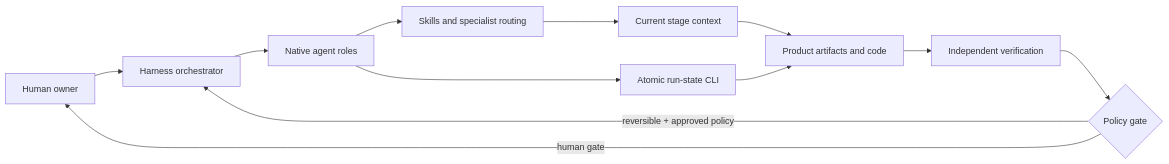
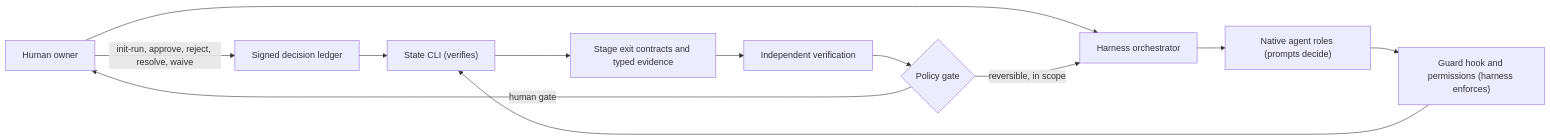
Before and after one commit to TarikAI/AgenticTeam: the diagram in README.md, drawn with Mermaid. The commit also changed other lines of this file and 16 other files, not shown here.

Commit message:
P9: release v3.0.0 - guarantee ledger (config/guarantees.json rendered into docs/architecture.md), generated CLI reference, schema and preset coverage checks in validate, v2 runs refused until migrated, owner guide/architecture/README/migration guide rewritten, CHANGELOG, installer --model-profile

````diff
--- a/README.md
+++ b/README.md
@@ -44,14 +65,14 @@
 ```mermaid
 flowchart LR
-    H["Human owner"] --> O["Harness orchestrator"]
-    O --> A["Native agent roles"]
-    A --> S["Skills and specialist routing"]
-    S --> C["Current stage context"]
-    A --> R["Atomic run-state CLI"]
-    C --> P["Product artifacts and code"]
-    R --> P
-    P --> V["Independent verification"]
+    H["Human owner"] -->|"init-run, approve, reject, resolve, waive"| L["Signed decision ledger"]
+    H --> O["Harness orchestrator"]
+    O --> A["Native agent roles (prompts decide)"]
+    A --> K["Guard hook and permissions (harness enforces)"]
+    K --> R["State CLI (verifies)"]
+    L --> R
+    R --> S["Stage exit contracts and typed evidence"]
+    S --> V["Independent verification"]
     V --> G{"Policy gate"}
-    G -->|"reversible + approved policy"| O
+    G -->|"reversible, in scope"| O
     G -->|"human gate"| H
 ```
````
